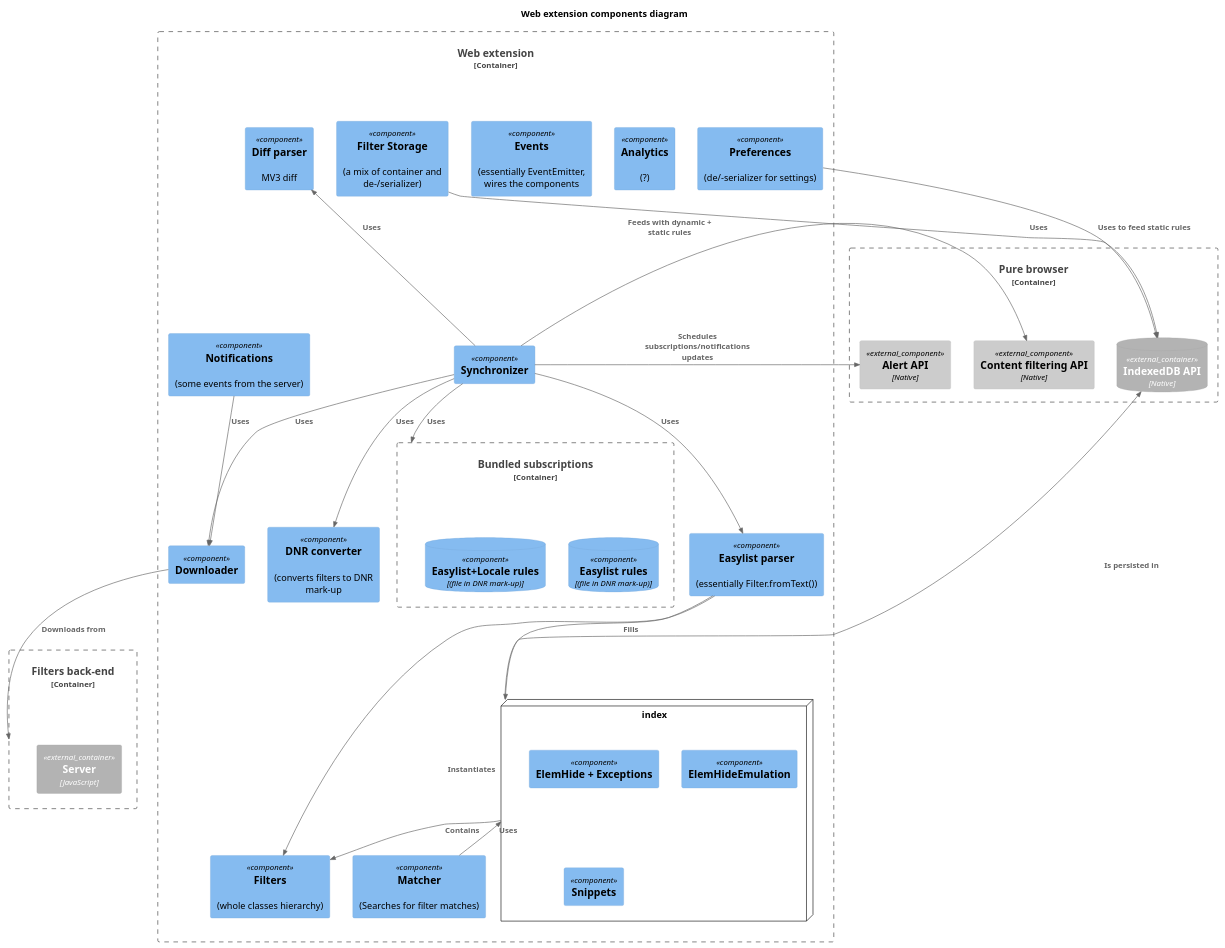
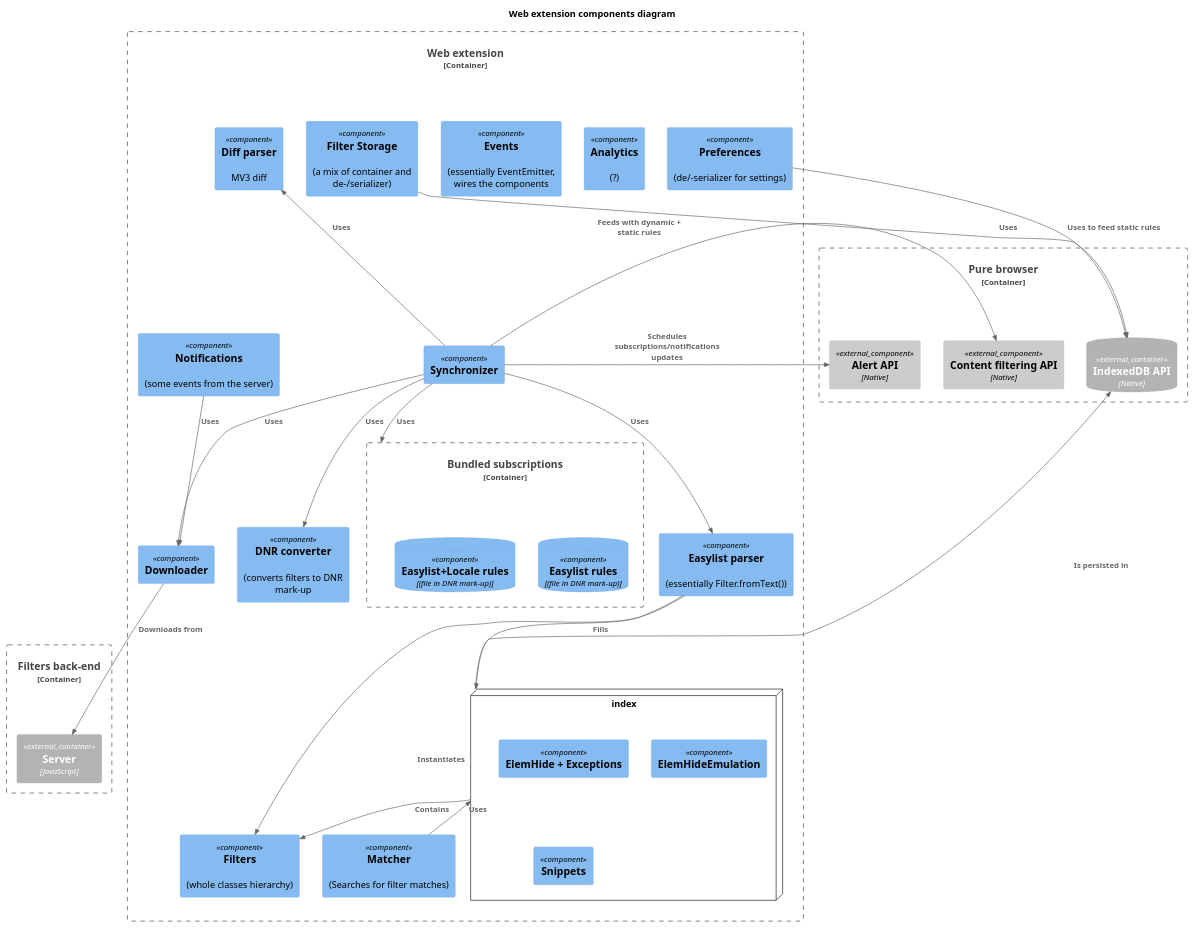
Before and after one commit to 4ntoine/mv3_spec_c4: the diagram in components_webext.puml, drawn with PlantUML.

Commit message:
Minor fix.

```diff
--- a/components_webext.puml
+++ b/components_webext.puml
@@ -1,64 +1,64 @@
 @startuml
 !include https://raw.githubusercontent.com/plantuml-stdlib/C4-PlantUML/master/C4_Container.puml
 !include https://raw.githubusercontent.com/plantuml-stdlib/C4-PlantUML/master/C4_Component.puml
 
 title Web extension components diagram
 
 ' container itself
 Container_Boundary(webext, "Web extension") {
   Component(analytics, "Analytics", "", "(?)")
   Component(events, "Events", "", "(essentially EventEmitter, wires the components")
   Component(filters, "Filters", "", "(whole classes hierarchy)")
   Component(easylistParser, "Easylist parser", "", "(essentially Filter.fromText())")
   Component(diffParser, "Diff parser", "", "MV3 diff")
   Component(synchronizer, "Synchronizer")
   Component(downloader, "Downloader")
   Component(dnrConverter, "DNR converter", "", "(converts filters to DNR mark-up")
   Component(matcher, "Matcher", "", "(Searches for filter matches)")
   
   Component(notifications, "Notifications", "", "(some events from the server)")
   Component(filterStorage, "Filter Storage", "", "(a mix of container and de-/serializer)")
   Component(prefs, "Preferences", "", "(de/-serializer for settings)")
 
   node index {
     Component(elemHide, "ElemHide + Exceptions")
     Component(elemHideEmu, "ElemHideEmulation")
     Component(snippets, "Snippets")
   }
 
   Container_Boundary(bundled_subscriptions, "Bundled subscriptions") {
     ComponentDb(sub1_dnr_rules, "Easylist rules", "(file in DNR mark-up)")
     ComponentDb(sub2_dnr_rules, "Easylist+Locale rules", "(file in DNR mark-up)")
   }
 }
 
 ' external container
 Container_Boundary(browser, "Pure browser", "") {
   ContainerDb_Ext(indexeddb, "IndexedDB API", "Native")
   Component_Ext(schedulers, "Alert API", "Native")
   Component_Ext(browserCore, "Content filtering API", "Native")
 }
 
 ' external container
 Container_Boundary(backEnd, "Filters back-end", "") {
   Container_Ext(server, "Server", "JavaScript")
 }
 
 ' relations
 Rel(synchronizer, downloader, "Uses")
 Rel(synchronizer, easylistParser, "Uses")
 Rel_U(synchronizer, diffParser, "Uses")
 Rel_U(synchronizer, schedulers, "Schedules subscriptions/notifications updates")
 Rel(synchronizer, dnrConverter, "Uses")
 Rel_U(synchronizer, browserCore, "Feeds with dynamic + static rules")
 Rel(synchronizer, bundled_subscriptions, "Uses")
 Rel(easylistParser, filters, "Instantiates")
 Rel(easylistParser, index, "Fills")
 Rel(index, filters, "Contains")
 Rel_U(index, indexeddb, "Is persisted in")
-Rel(downloader, backEnd, "Downloads from")
+Rel(downloader, server, "Downloads from")
 Rel_U(matcher, index, "Uses")
 Rel(notifications, downloader, "Uses")
 Rel(filterStorage, indexeddb, "Uses")
 Rel(prefs, indexeddb, "Uses to feed static rules")
 @enduml
```
